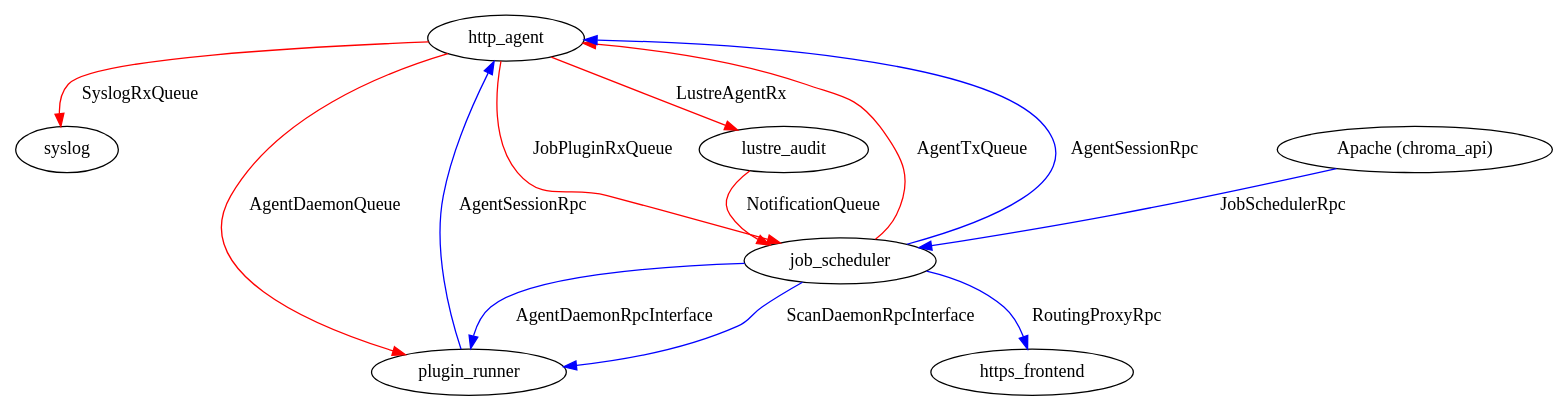
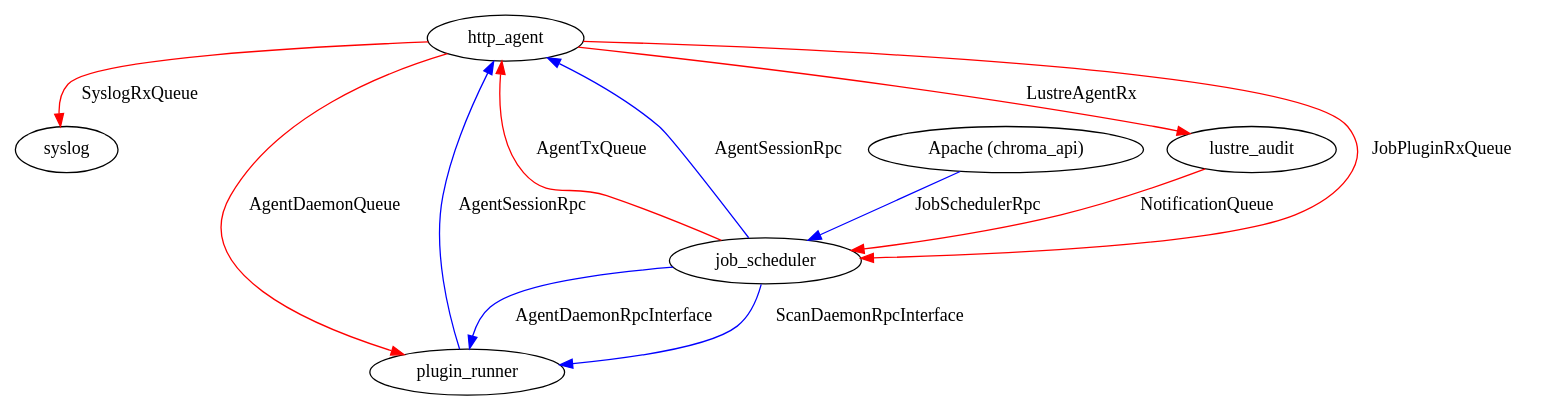
Before and after one commit to whamcloud/integrated-manager-for-lustre: the fifth of 5 diagrams in chroma-manager/docs/internals/dataflow.rst, drawn with Graphviz. The commit also changed other lines of this file and 13 other files, not shown here.

```diff
--- a/chroma-manager/docs/internals/dataflow.rst
+++ b/chroma-manager/docs/internals/dataflow.rst
@@ -93,17 +93,16 @@
 .. graphviz::
 
     digraph all_ipc {
        http_agent -> syslog [label="SyslogRxQueue",color=red]
        http_agent -> plugin_runner [label="AgentDaemonQueue",color=red]
        http_agent -> lustre_audit [label="LustreAgentRx",color=red]
        lustre_audit -> job_scheduler [label="NotificationQueue",color=red]
        job_scheduler -> http_agent [label="AgentTxQueue",color=red]
        http_agent -> job_scheduler [label="JobPluginRxQueue",color=red]
 
        plugin_runner -> http_agent [label="AgentSessionRpc",color=blue]
        job_scheduler -> http_agent [label="AgentSessionRpc",color=blue]
-       job_scheduler -> https_frontend [label="RoutingProxyRpc",color=blue]
        "Apache (chroma_api)" -> job_scheduler [label="JobSchedulerRpc",color=blue]
        job_scheduler -> plugin_runner [label="AgentDaemonRpcInterface",color=blue]
        job_scheduler -> plugin_runner [label="ScanDaemonRpcInterface",color=blue]
     }
```
